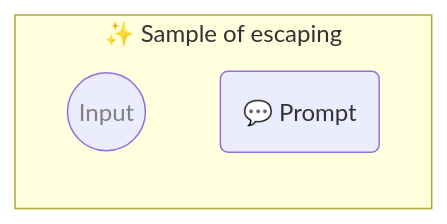
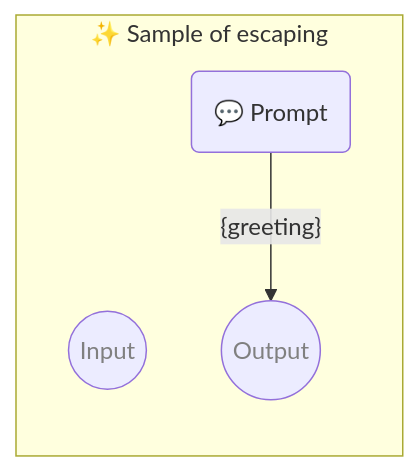
One commit to webgptorg/promptbook changed the diagram in samples/templates/30-escaping.ptbk.md. Above: the diagram before and after it, drawn with Mermaid. The commit also changed other lines of this file and 43 other files, not shown here.

````diff
--- a/samples/templates/30-escaping.ptbk.md
+++ b/samples/templates/30-escaping.ptbk.md
@@ -13,15 +14,19 @@
 ```mermaid
 %% 🔮 Tip: Open this on GitHub or in the VSCode website to see the Mermaid graph visually
 
 flowchart LR
   subgraph "✨ Sample of escaping"
 
       direction TB
 
       input((Input)):::input
       templatePrompt(💬 Prompt)
 
+      templatePrompt--"{greeting}"-->output
+      output((Output)):::output
+
       classDef input color: grey;
+      classDef output color: grey;
 
   end;
 ```
````
